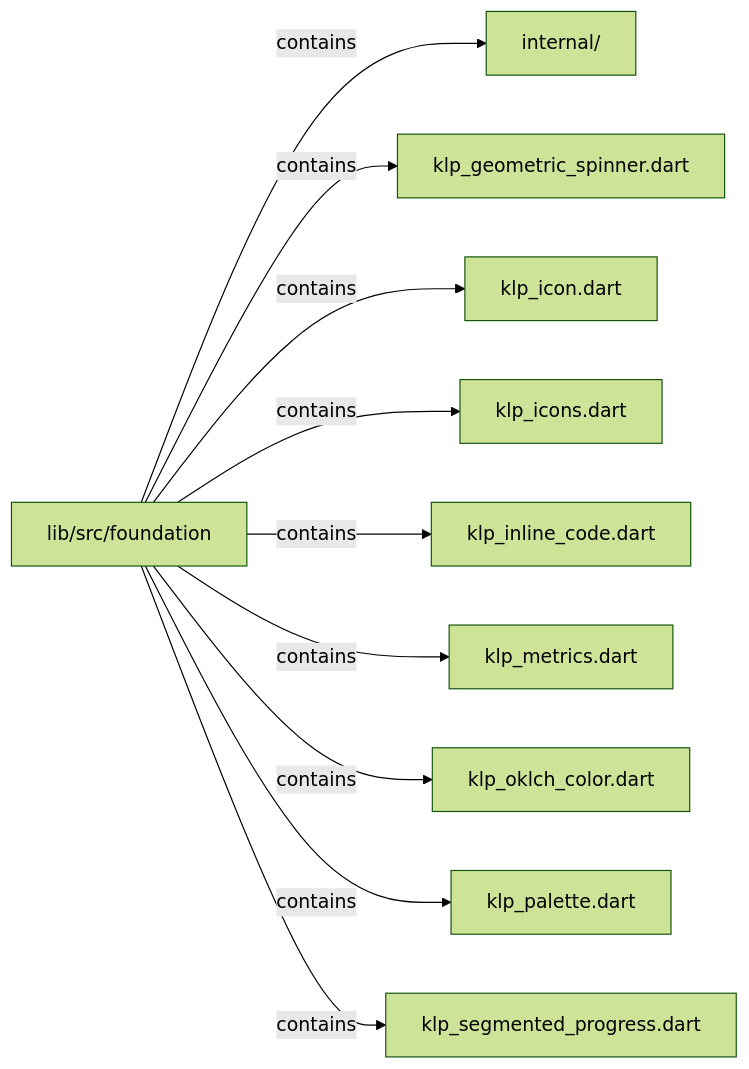
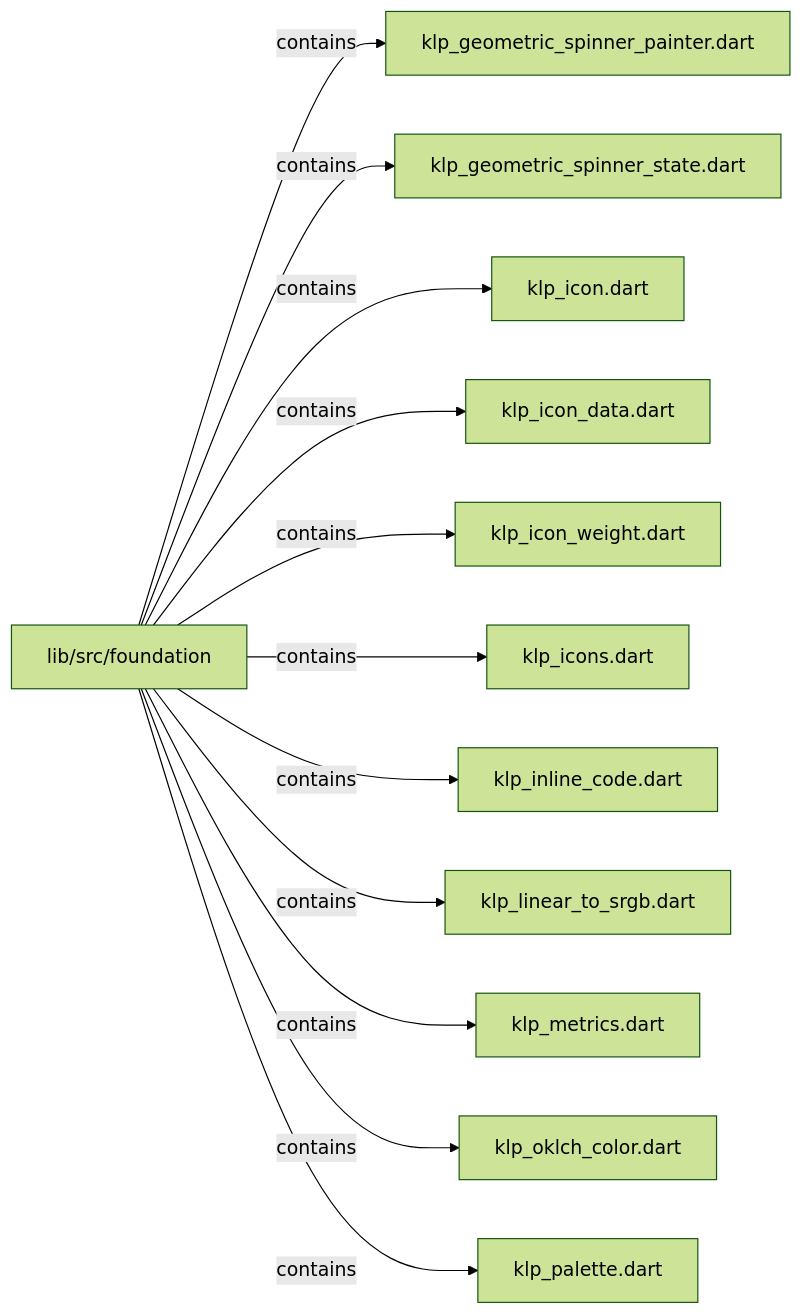
Before and after one commit to MiuDog/Kallopis: the third of 4 diagrams in docs/architecture/src/foundation/README.md, drawn with Mermaid (forest theme). The commit also changed other lines of this file and 3539 other files, not shown here.

````diff
--- a/docs/architecture/src/foundation/README.md
+++ b/docs/architecture/src/foundation/README.md
@@ -59,22 +108,26 @@
 ```mermaid
 flowchart LR
 	n0["lib/src/foundation"]
-	n1["internal/"]
-	n2["klp_geometric_spinner.dart"]
+	n1["klp_geometric_spinner_painter.dart"]
+	n2["klp_geometric_spinner_state.dart"]
 	n3["klp_icon.dart"]
-	n4["klp_icons.dart"]
-	n5["klp_inline_code.dart"]
-	n6["klp_metrics.dart"]
-	n7["klp_oklch_color.dart"]
-	n8["klp_palette.dart"]
-	n9["klp_segmented_progress.dart"]
+	n4["klp_icon_data.dart"]
+	n5["klp_icon_weight.dart"]
+	n6["klp_icons.dart"]
+	n7["klp_inline_code.dart"]
+	n8["klp_linear_to_srgb.dart"]
+	n9["klp_metrics.dart"]
+	n10["klp_oklch_color.dart"]
+	n11["klp_palette.dart"]
 	n0 -->|"contains"| n1
 	n0 -->|"contains"| n2
 	n0 -->|"contains"| n3
 	n0 -->|"contains"| n4
 	n0 -->|"contains"| n5
 	n0 -->|"contains"| n6
 	n0 -->|"contains"| n7
 	n0 -->|"contains"| n8
 	n0 -->|"contains"| n9
+	n0 -->|"contains"| n10
+	n0 -->|"contains"| n11
 ```
````
